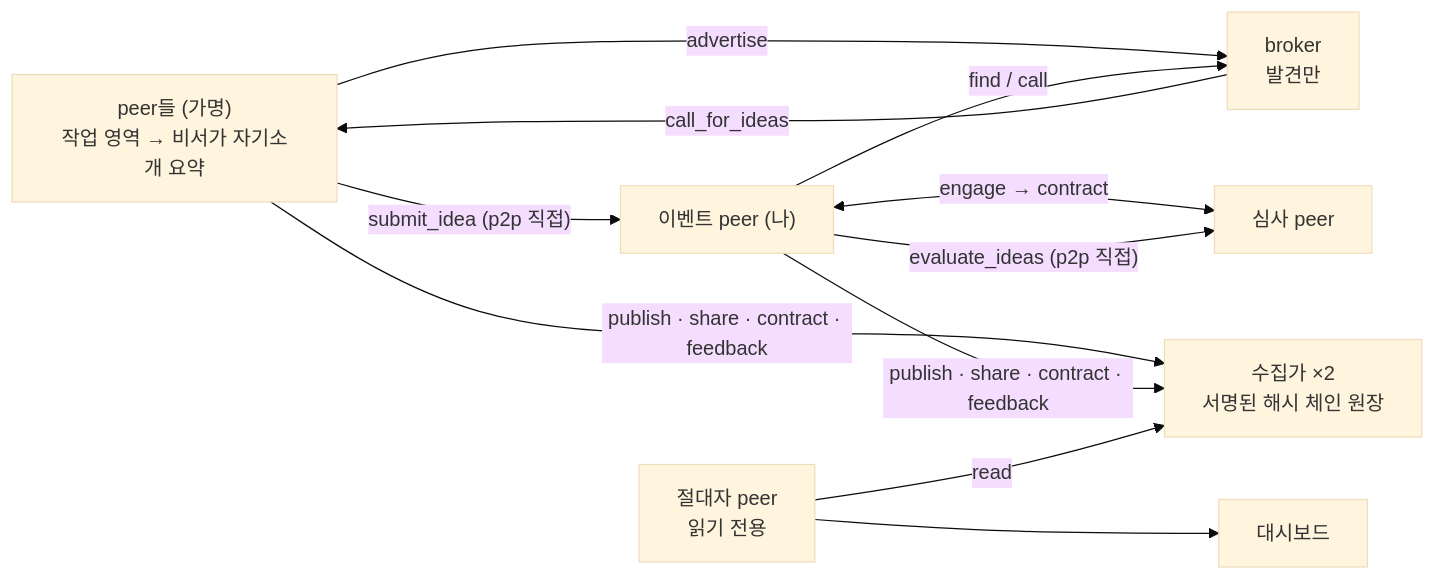
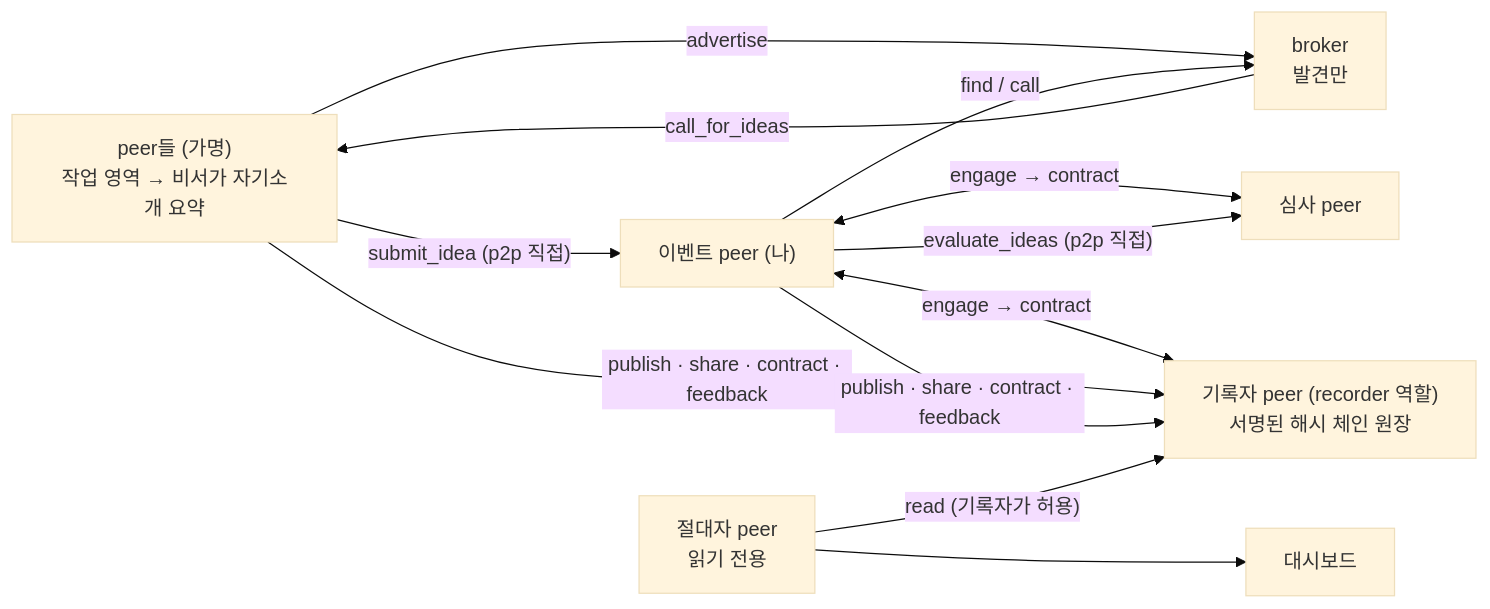
Before and after one commit to tanminkwan/share-ur-tokens: the diagram in README.md, drawn with Mermaid (base theme). The commit also changed other lines of this file and 3 other files, not shown here.

````diff
--- a/README.md
+++ b/README.md
@@ -12,12 +14,13 @@
 ```mermaid
 flowchart LR
     P["peer들 (가명)<br/>작업 영역 → 비서가 자기소개 요약"] -- advertise --> B["broker<br/>발견만"]
     E["이벤트 peer (나)"] -- "find / call" --> B
     B -- call_for_ideas --> P
     E <-- "engage → contract" --> R["심사 peer"]
     P -- "submit_idea (p2p 직접)" --> E
     E -- "evaluate_ideas (p2p 직접)" --> R
-    P & E -- "publish · share · contract · feedback" --> L["수집가 ×2<br/>서명된 해시 체인 원장"]
-    O["절대자 peer<br/>읽기 전용"] -- read --> L
+    E <-- "engage → contract" --> L["기록자 peer (recorder 역할)<br/>서명된 해시 체인 원장"]
+    P & E -- "publish · share · contract · feedback" --> L
+    O["절대자 peer<br/>읽기 전용"] -- "read (기록자가 허용)" --> L
     O --> D["대시보드"]
 ```
````
